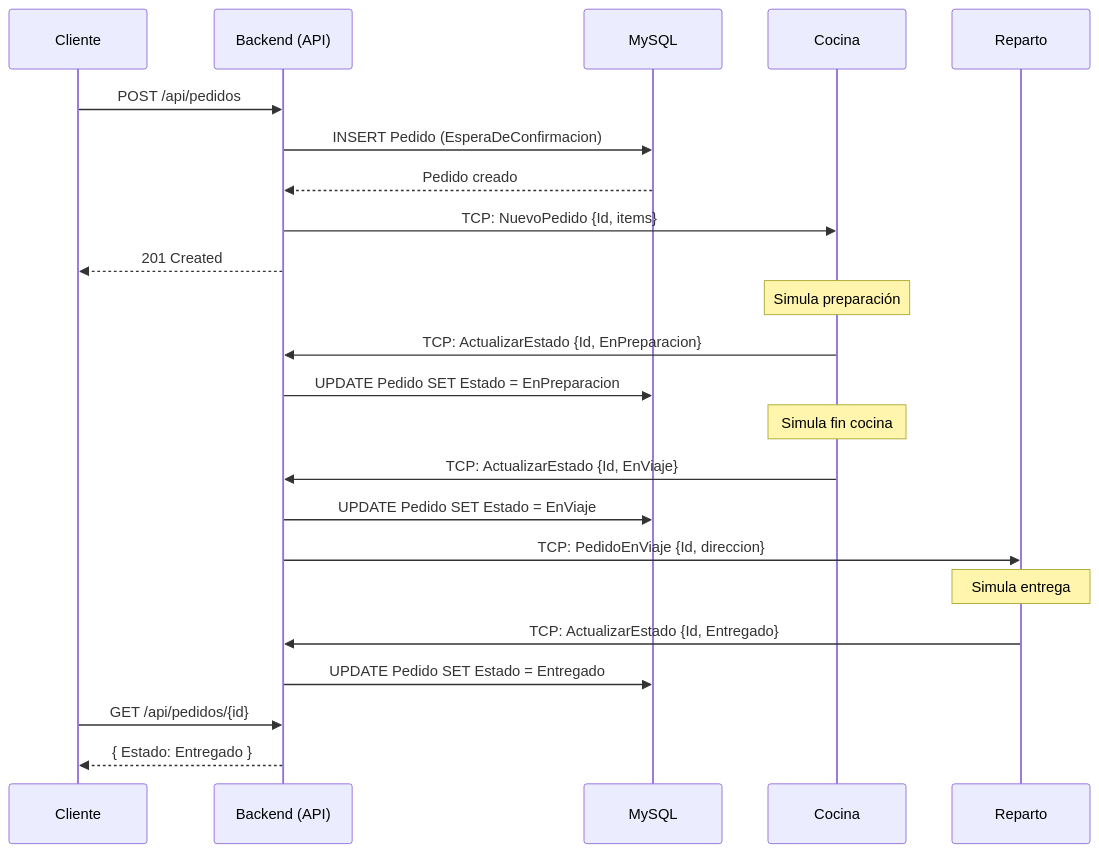
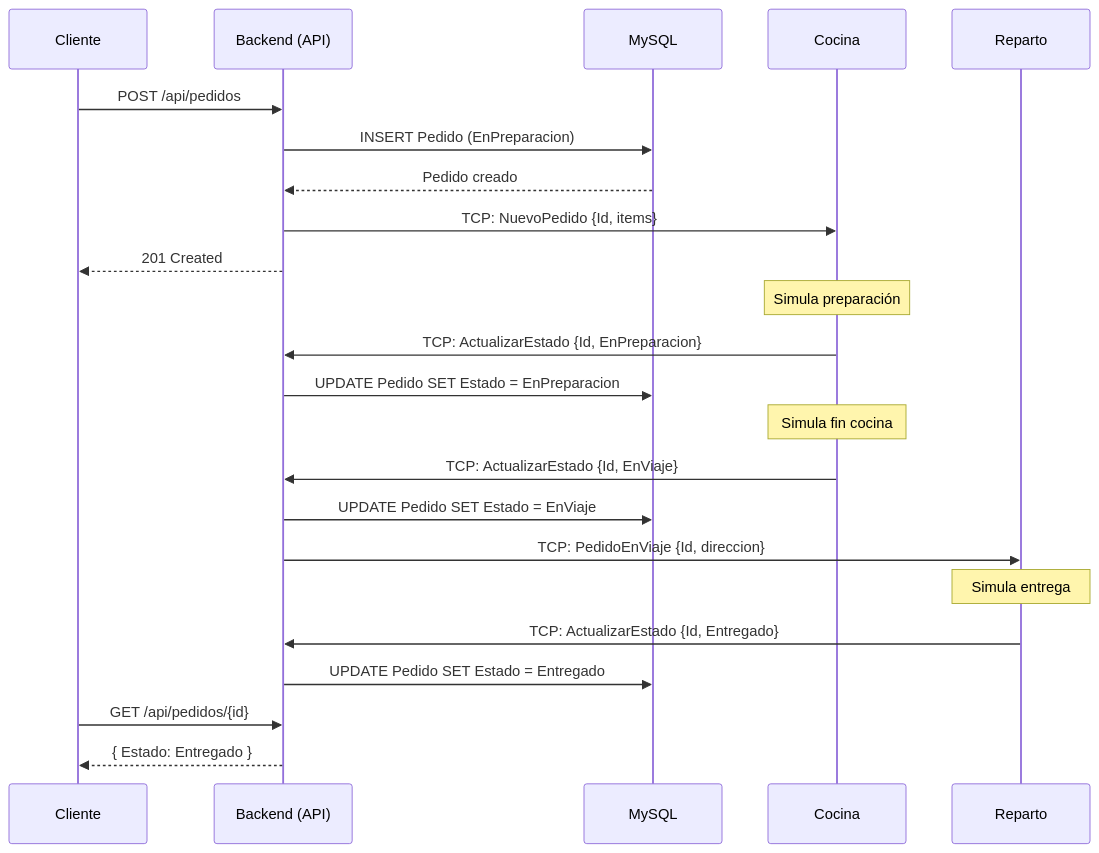
Before and after one commit to Darkops56/PSR-MinimalAPI: the third of 3 diagrams in docs/DiagramaDeClases.md, drawn with Mermaid. The commit also changed other lines of this file and 26 other files, not shown here.

````diff
--- a/docs/DiagramaDeClases.md
+++ b/docs/DiagramaDeClases.md
@@ -130,26 +130,26 @@
 ```mermaid
 sequenceDiagram
     participant C as Cliente
     participant API as Backend (API)
     participant DB as MySQL
     participant K as Cocina
     participant D as Reparto
 
     C->>API: POST /api/pedidos
-    API->>DB: INSERT Pedido (EsperaDeConfirmacion)
+    API->>DB: INSERT Pedido (EnPreparacion)
     DB-->>API: Pedido creado
     API->>K: TCP: NuevoPedido {Id, items}
     API-->>C: 201 Created
     Note over K: Simula preparación
     K->>API: TCP: ActualizarEstado {Id, EnPreparacion}
     API->>DB: UPDATE Pedido SET Estado = EnPreparacion
     Note over K: Simula fin cocina
     K->>API: TCP: ActualizarEstado {Id, EnViaje}
     API->>DB: UPDATE Pedido SET Estado = EnViaje
     API->>D: TCP: PedidoEnViaje {Id, direccion}
     Note over D: Simula entrega
     D->>API: TCP: ActualizarEstado {Id, Entregado}
     API->>DB: UPDATE Pedido SET Estado = Entregado
     C->>API: GET /api/pedidos/{id}
     API-->>C: { Estado: Entregado }
 ```
````
